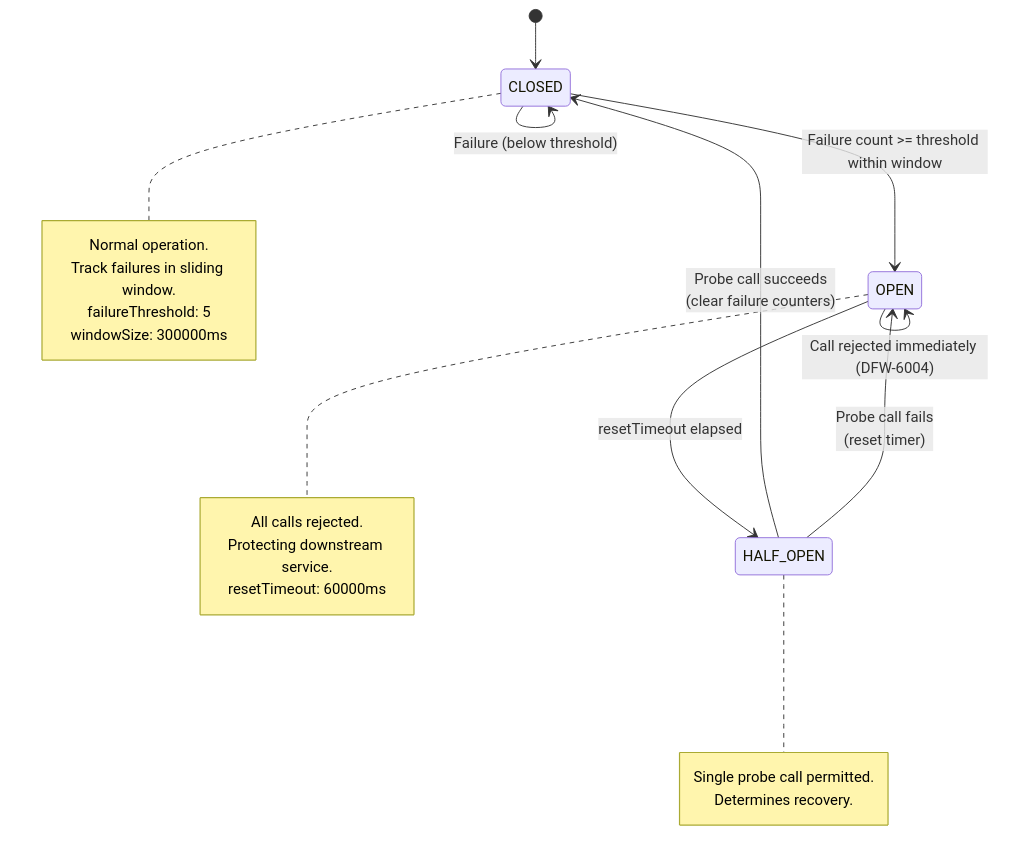
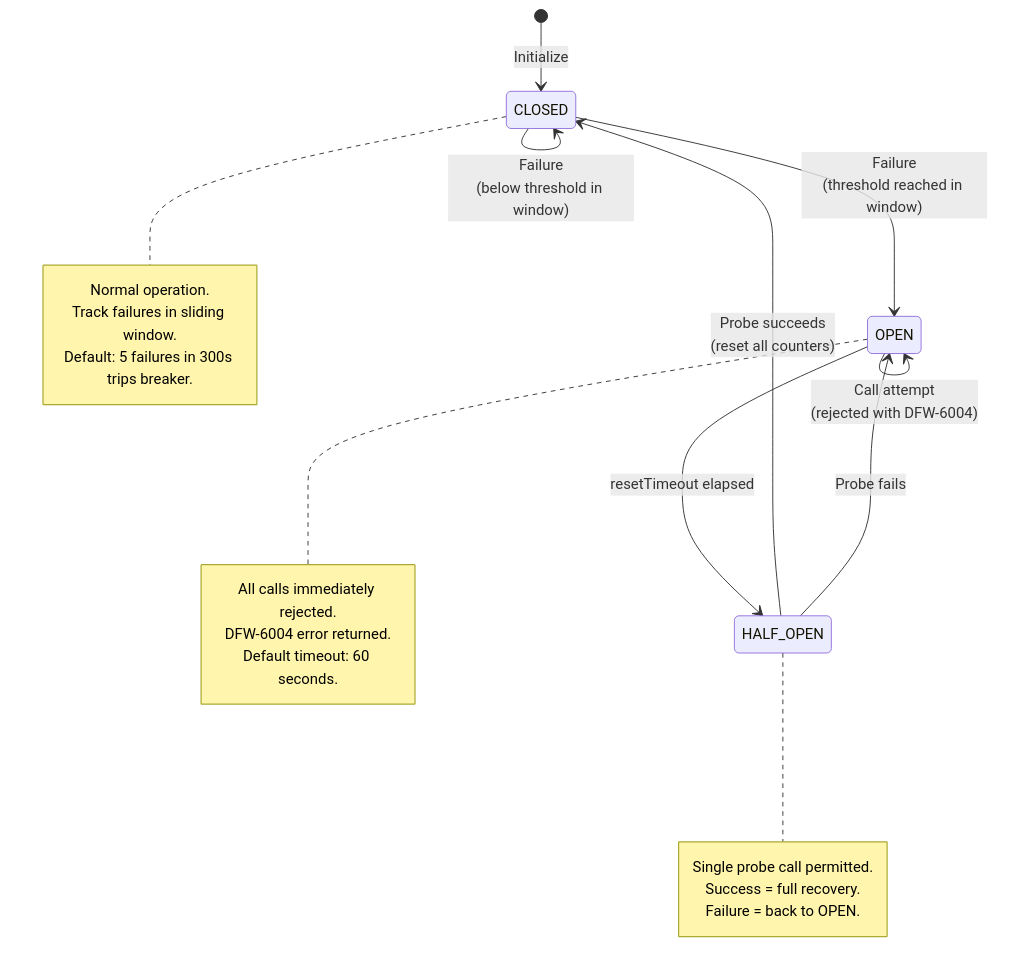
Before and after one commit to srikanth-nalam/dfw-automation-pipeline: the eighth of 10 diagrams in docs/LLD.md, drawn with Mermaid. The commit also changed other lines of this file and 5 other files, not shown here.

First line of the commit message:
feat: update schemas, OpenAPI spec, and docs for production alignment

````diff
--- a/docs/LLD.md
+++ b/docs/LLD.md
@@ -682,32 +1351,32 @@
 ```mermaid
 stateDiagram-v2
-    [*] --> CLOSED
+    [*] --> CLOSED: Initialize
 
-    CLOSED --> CLOSED : Success (reset consecutive failures)
-    CLOSED --> CLOSED : Failure (below threshold)
-    CLOSED --> OPEN : Failure count >= threshold within window
+    CLOSED --> CLOSED: Success<br/>(reset consecutiveFailures)
+    CLOSED --> CLOSED: Failure<br/>(below threshold in window)
+    CLOSED --> OPEN: Failure<br/>(threshold reached in window)
 
-    OPEN --> OPEN : Call rejected immediately (DFW-6004)
-    OPEN --> HALF_OPEN : resetTimeout elapsed
+    OPEN --> OPEN: Call attempt<br/>(rejected with DFW-6004)
+    OPEN --> HALF_OPEN: resetTimeout elapsed
 
-    HALF_OPEN --> CLOSED : Probe call succeeds<br/>(clear failure counters)
-    HALF_OPEN --> OPEN : Probe call fails<br/>(reset timer)
+    HALF_OPEN --> CLOSED: Probe succeeds<br/>(reset all counters)
+    HALF_OPEN --> OPEN: Probe fails
 
     note right of CLOSED
         Normal operation.
         Track failures in sliding window.
-        failureThreshold: 5
-        windowSize: 300000ms
+        Default: 5 failures in 300s trips breaker.
     end note
 
     note right of OPEN
-        All calls rejected.
-        Protecting downstream service.
-        resetTimeout: 60000ms
+        All calls immediately rejected.
+        DFW-6004 error returned.
+        Default timeout: 60 seconds.
     end note
 
     note right of HALF_OPEN
         Single probe call permitted.
-        Determines recovery.
+        Success = full recovery.
+        Failure = back to OPEN.
     end note
 ```
````
